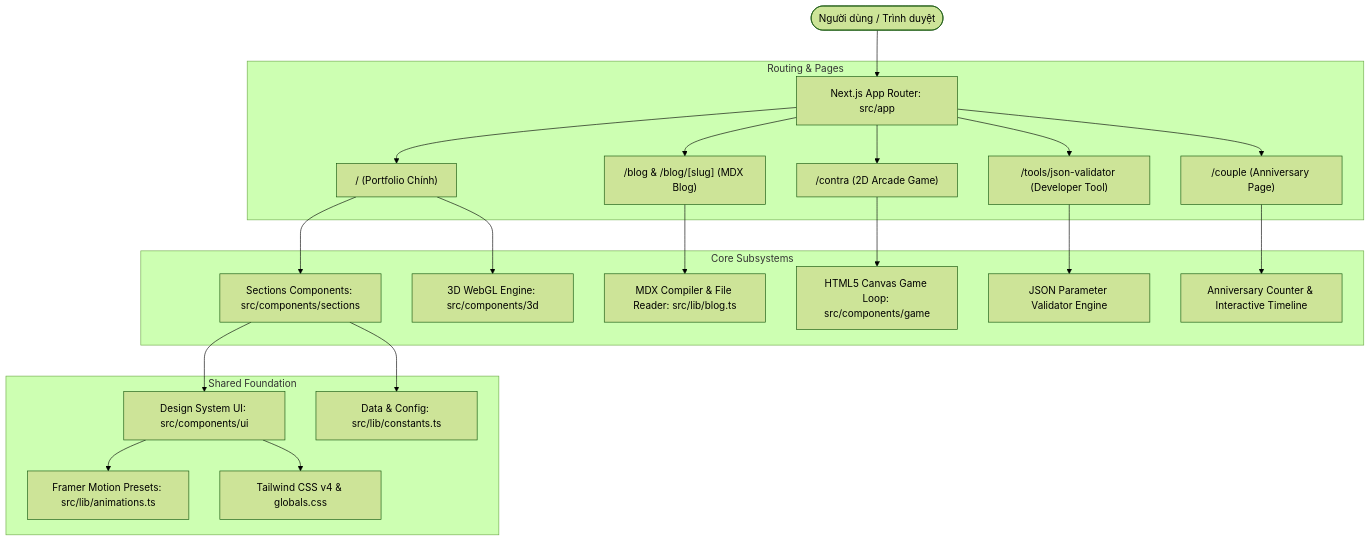
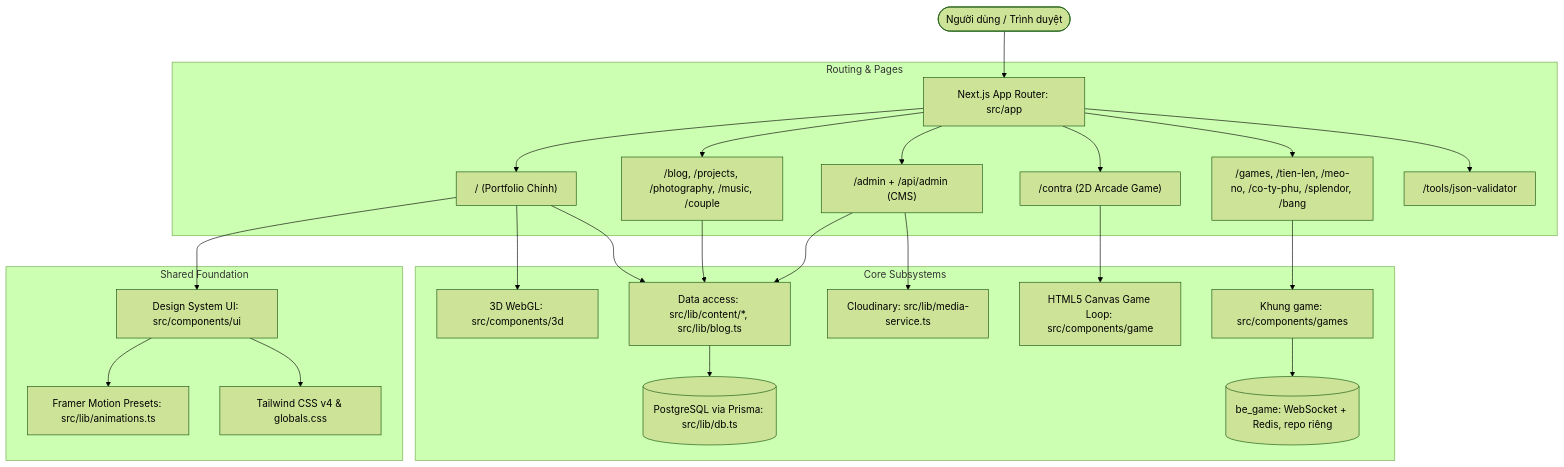
Before and after one commit to ThachHuynhIT/portfolio: the first of 2 diagrams in docs/ARCHITECTURE.md, drawn with Mermaid (forest theme). The commit also changed other lines of this file and 13 other files, not shown here.

````diff
--- a/docs/ARCHITECTURE.md
+++ b/docs/ARCHITECTURE.md
@@ -11,28 +11,31 @@
 ```mermaid
 graph TD
     User([Người dùng / Trình duyệt]) --> AppRouter[Next.js App Router: src/app]
-    
+
     subgraph "Routing & Pages"
         AppRouter --> HomeRoute["/ (Portfolio Chính)"]
-        AppRouter --> BlogRoute["/blog & /blog/[slug] (MDX Blog)"]
+        AppRouter --> ContentRoutes["/blog, /projects, /photography, /music, /couple"]
+        AppRouter --> AdminRoute["/admin + /api/admin (CMS)"]
         AppRouter --> ContraRoute["/contra (2D Arcade Game)"]
-        AppRouter --> ToolRoute["/tools/json-validator (Developer Tool)"]
-        AppRouter --> CoupleRoute["/couple (Anniversary Page)"]
+        AppRouter --> GamesRoute["/games, /tien-len, /meo-no, /co-ty-phu, /splendor, /bang"]
+        AppRouter --> ToolRoute["/tools/json-validator"]
     end
-    
+
     subgraph "Core Subsystems"
-        HomeRoute --> SectionComp[Sections Components: src/components/sections]
-        HomeRoute --> ThreeEngine[3D WebGL Engine: src/components/3d]
-        BlogRoute --> MDXEngine[MDX Compiler & File Reader: src/lib/blog.ts]
+        HomeRoute --> ThreeEngine[3D WebGL: src/components/3d]
+        HomeRoute --> ContentLib[Data access: src/lib/content/*, src/lib/blog.ts]
+        ContentRoutes --> ContentLib
+        AdminRoute --> ContentLib
+        ContentLib --> DB[(PostgreSQL via Prisma: src/lib/db.ts)]
+        AdminRoute --> Media[Cloudinary: src/lib/media-service.ts]
         ContraRoute --> CanvasEngine[HTML5 Canvas Game Loop: src/components/game]
-        ToolRoute --> ValidationEngine[JSON Parameter Validator Engine]
-        CoupleRoute --> MemoryEngine[Anniversary Counter & Interactive Timeline]
+        GamesRoute --> GamesShell[Khung game: src/components/games]
+        GamesShell --> BeGame[(be_game: WebSocket + Redis, repo riêng)]
     end
-    
+
     subgraph "Shared Foundation"
-        SectionComp --> UIComp[Design System UI: src/components/ui]
-        SectionComp --> DataStore[Data & Config: src/lib/constants.ts]
+        HomeRoute --> UIComp[Design System UI: src/components/ui]
         UIComp --> AnimLib[Framer Motion Presets: src/lib/animations.ts]
         UIComp --> Styling[Tailwind CSS v4 & globals.css]
     end
 ```
````
